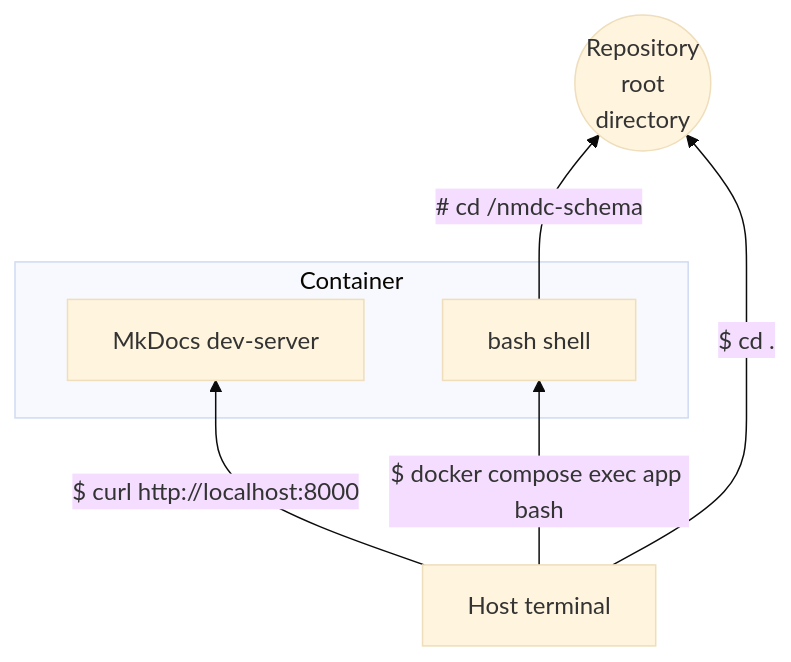
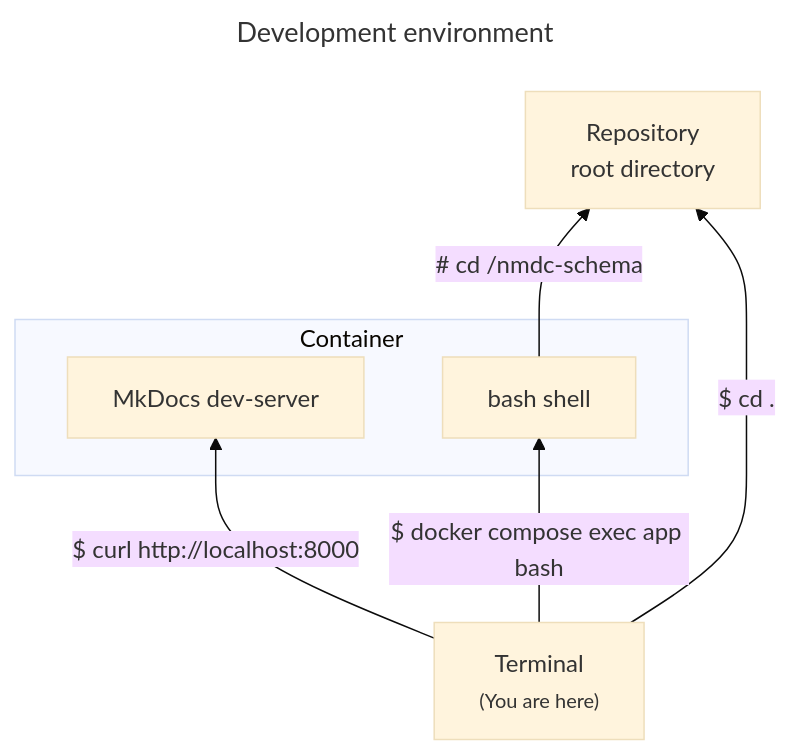
Before and after one commit to microbiomedata/nmdc-schema: the diagram in README.md, drawn with Mermaid (base theme). The commit also changed other lines of this file, not shown here.

Commit message:
Add paragraph introducing diagram

````diff
--- a/README.md
+++ b/README.md
@@ -77,12 +79,21 @@
 ```mermaid
+---
+title: Development environment
+---
 graph BT
-    host["Host terminal"]
+    %% Nodes:
+    dir["Repository<br>root directory"]
+    host["Terminal<br><small>(You are here)</small>"]
+    
+    %% Nodes:
     host -- "$ curl http://localhost:8000" --> mkdocs
     host -- "$ docker compose exec app bash" --> bash
-    bash -- "# cd /nmdc-schema" --> dir(("Repository<br>root<br>directory"))
+    bash -- "# cd /nmdc-schema" --> dir
     host -- "$ cd ." --> dir
+    
     subgraph Container["Container"]
+        %% Nodes:
         mkdocs["MkDocs dev-server"]
         bash["bash shell"]
     end
 ```
````
